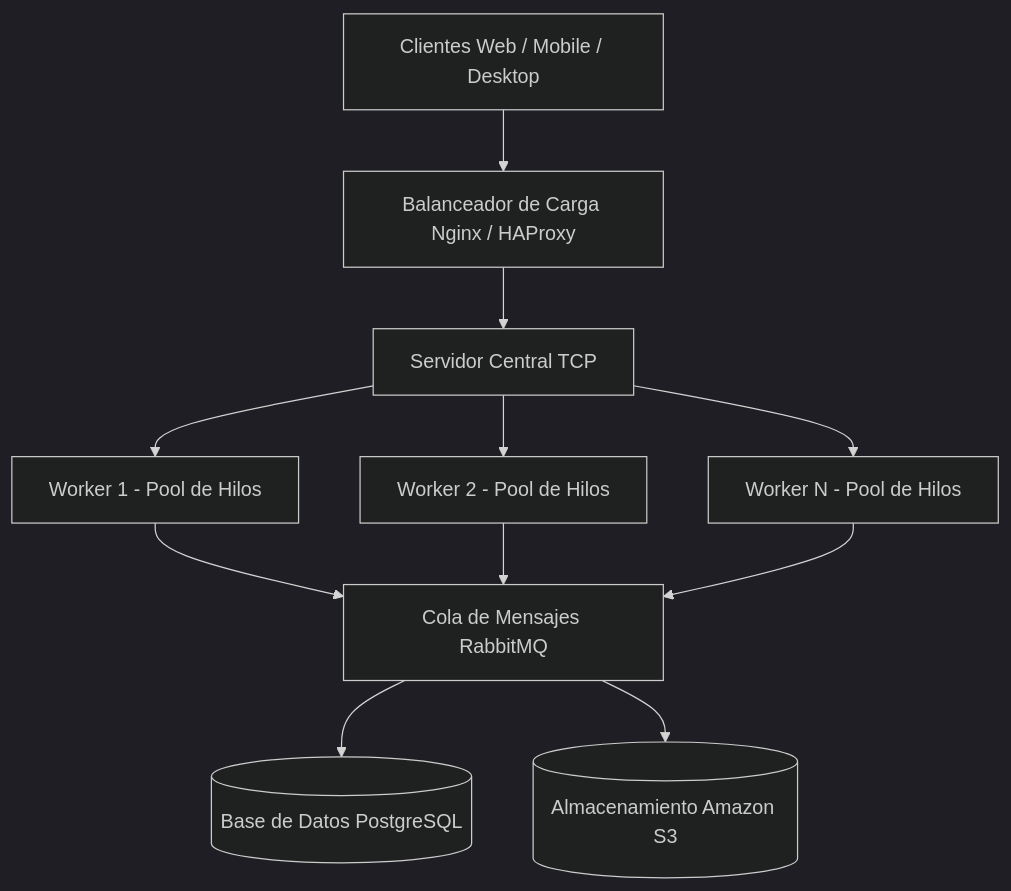
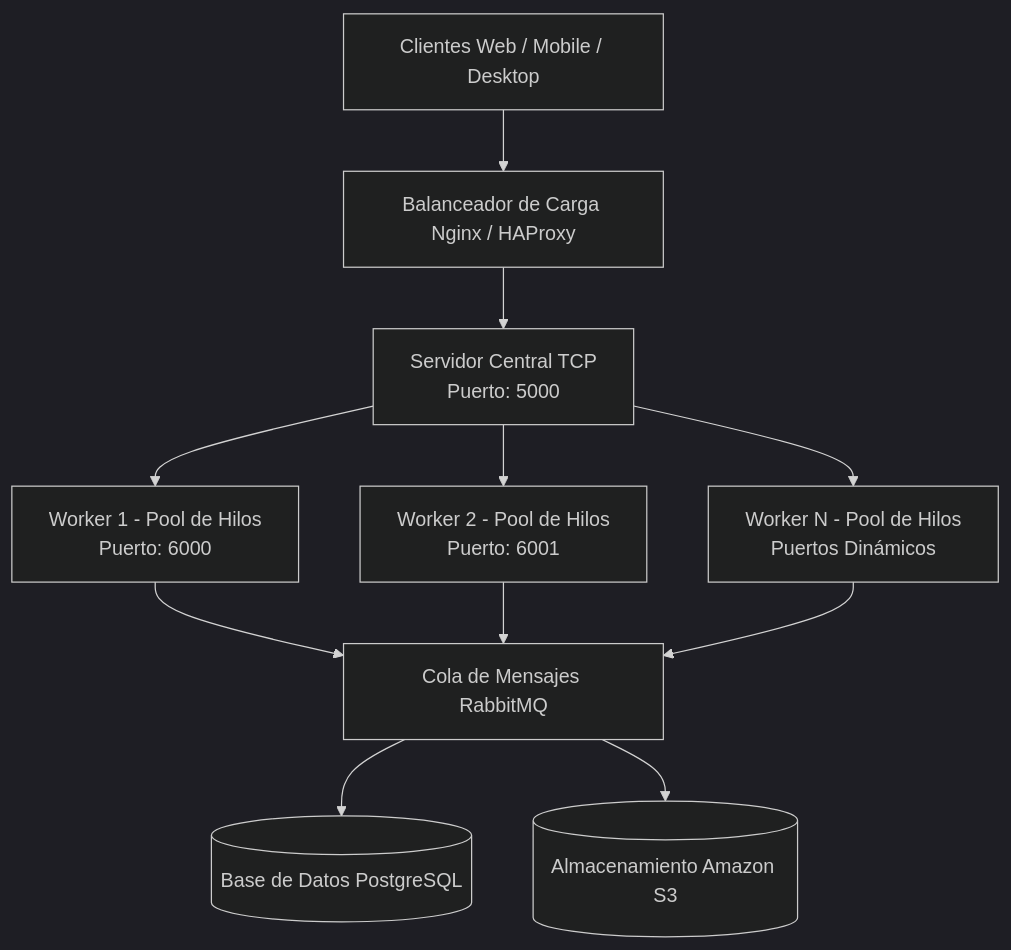
Before and after one commit to BelenGz/REDES_PFO3: the diagram in README.md, drawn with Mermaid (dark theme). The commit also changed other lines of this file, not shown here.

````diff
--- a/README.md
+++ b/README.md
@@ -22,23 +22,23 @@
 ```mermaid
 graph TD
     A[Clientes Web / Mobile / Desktop]
     B[Balanceador de Carga Nginx / HAProxy]
-    C[Servidor Central TCP]
-    D1[Worker 1 - Pool de Hilos]
-    D2[Worker 2 - Pool de Hilos]
-    D3[Worker N - Pool de Hilos]
+    C[Servidor Central TCP <br> Puerto: 5000]
+    D1[Worker 1 - Pool de Hilos <br> Puerto: 6000]
+    D2[Worker 2 - Pool de Hilos <br> Puerto: 6001]
+    D3[Worker N - Pool de Hilos <br> Puertos Dinámicos]
     E[Cola de Mensajes RabbitMQ]
     F[(Base de Datos PostgreSQL)]
     G[(Almacenamiento Amazon S3)]
 
     A --> B
     B --> C
     C --> D1
     C --> D2
     C --> D3
     D1 --> E
     D2 --> E
     D3 --> E
     E --> F
     E --> G
 ```
````
